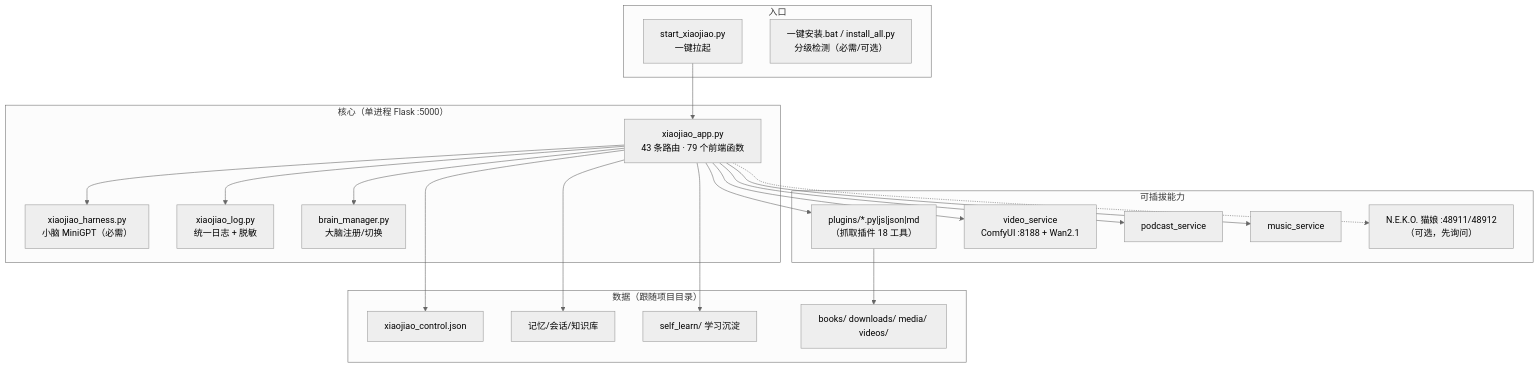
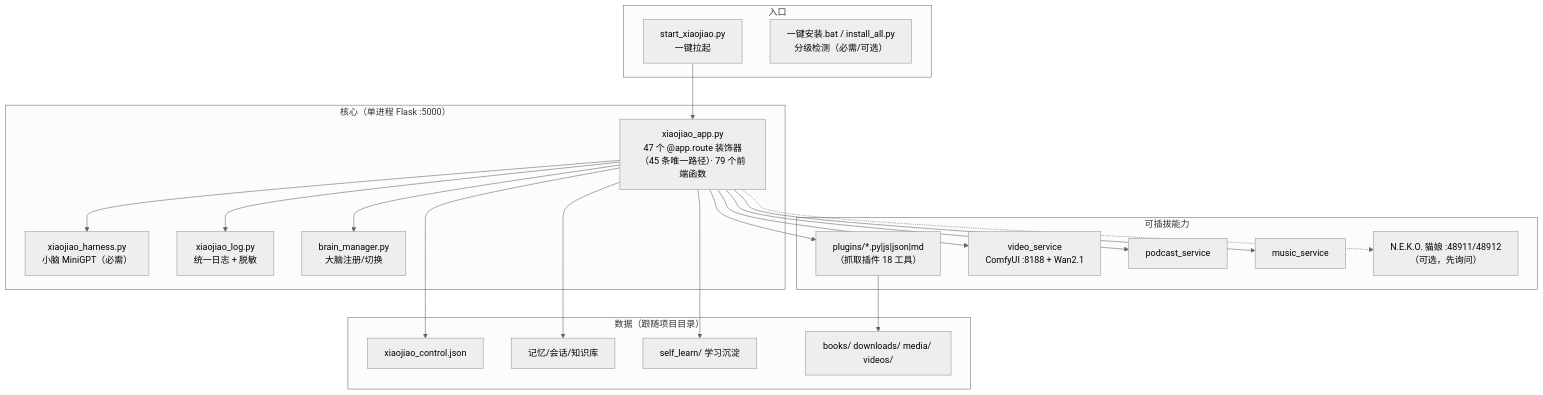
The first of 2 diagrams in docs/landing-report.md (jiangchuangege/xiaojiao-harness), drawn with Mermaid (neutral theme) before and after one commit. The commit also changed other lines of this file and 6 other files, not shown here.

Commit message:
docs+ci: 新增文档一致性检查器(check_docs.py)并接入 CI - 机器核对 42 个文档的 488 项断言(相对链接/仓库路径/api 端点/工具表工具名); 顺手修掉 ARCHITECTURE.md 里写错的音乐服务文件名(music_api.py -> 实际只有 ace_music.py); 文档数字全面对齐代码实况(工具 18 个/路由 47 装饰器/172 项用例/42 张图/测试与审计数据)

````diff
--- a/docs/landing-report.md
+++ b/docs/landing-report.md
@@ -24,39 +24,39 @@
 ```mermaid
 flowchart TB
     subgraph ENTRY["入口"]
         S["start_xiaojiao.py<br/>一键拉起"]
         I["一键安装.bat / install_all.py<br/>分级检测（必需/可选）"]
     end
     subgraph CORE["核心（单进程 Flask :5000）"]
-        APP["xiaojiao_app.py<br/>43 条路由 · 79 个前端函数"]
+        APP["xiaojiao_app.py<br/>47 个 @app.route 装饰器（45 条唯一路径）· 79 个前端函数"]
         XJ["xiaojiao_harness.py<br/>小脑 MiniGPT（必需）"]
         LOG["xiaojiao_log.py<br/>统一日志 + 脱敏"]
         BM["brain_manager.py<br/>大脑注册/切换"]
     end
     subgraph EXT["可插拔能力"]
         P["plugins/*.py|js|json|md<br/>（抓取插件 18 工具）"]
         V["video_service<br/>ComfyUI :8188 + Wan2.1"]
         PD["podcast_service"]
         MU["music_service"]
         CAT["N.E.K.O. 猫娘 :48911/48912<br/>（可选，先询问）"]
     end
     subgraph DATA["数据（跟随项目目录）"]
         C["xiaojiao_control.json"]
         M["记忆/会话/知识库"]
         L["self_learn/ 学习沉淀"]
         O["books/ downloads/ media/ videos/"]
     end
     S --> APP
     APP --> XJ
     APP --> BM
     APP --> P
     APP --> V
     APP --> PD
     APP --> MU
     APP -.-> CAT
     APP --> M
     APP --> L
     P --> O
     APP --> LOG
     APP --> C
 ```
````
